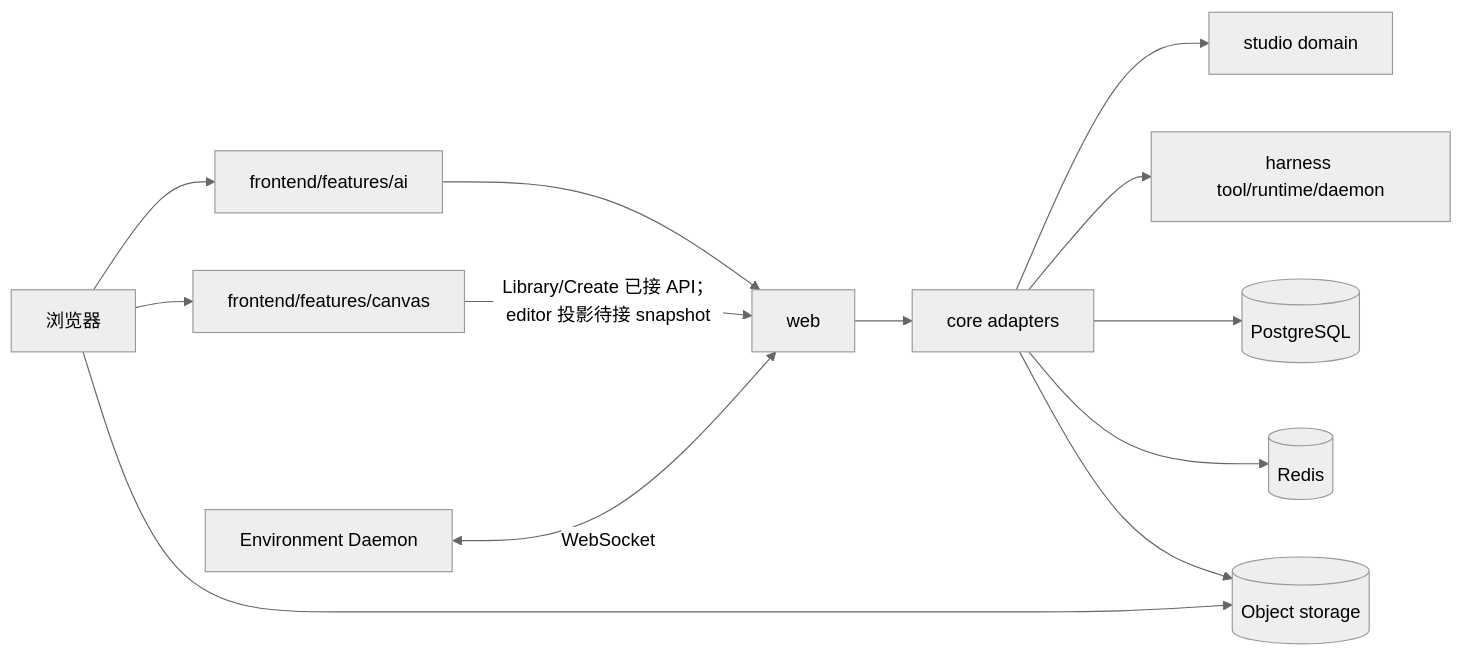
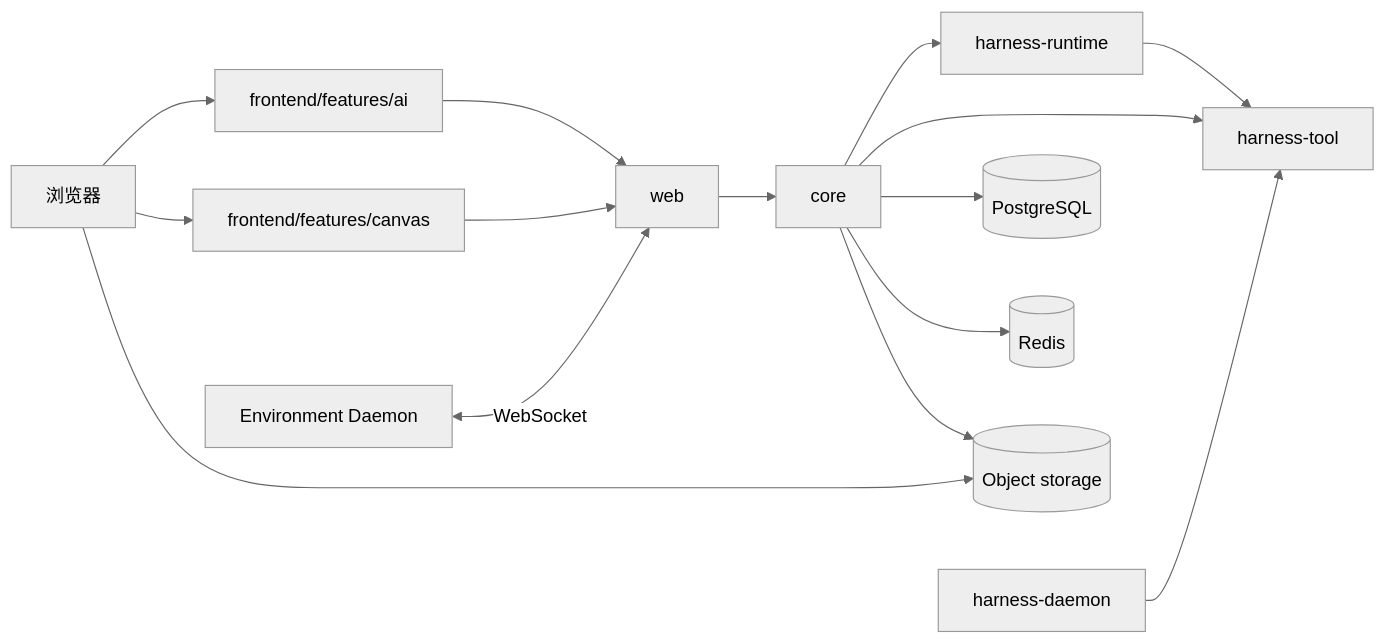
Before and after one commit to fengwk/kk-studio: the diagram in docs/technical-solution/architecture.md, drawn with Mermaid (neutral theme). The commit also changed other lines of this file and 12 other files, not shown here.

````diff
--- a/docs/technical-solution/architecture.md
+++ b/docs/technical-solution/architecture.md
@@ -16,27 +14,30 @@
 ```mermaid
 flowchart LR
     Browser[浏览器]
-    FE_AI[frontend/features/ai]
-    FE_CV[frontend/features/canvas]
+    AI[frontend/features/ai]
+    Canvas[frontend/features/canvas]
     Web[web]
-    Core[core adapters]
-    Studio[studio domain]
-    Harness[harness tool/runtime/daemon]
-    Store[(PostgreSQL)]
+    Core[core]
+    Runtime[harness-runtime]
+    Tool[harness-tool]
+    Daemon[harness-daemon]
+    PG[(PostgreSQL)]
     Redis[(Redis)]
     S3[(Object storage)]
     Env[Environment Daemon]
 
-    Browser --> FE_AI
-    Browser --> FE_CV
-    FE_AI --> Web
-    FE_CV -->|Library/Create 已接 API；editor 投影待接 snapshot| Web
+    Browser --> AI
+    Browser --> Canvas
+    AI --> Web
+    Canvas --> Web
     Web --> Core
-    Core --> Studio
-    Core --> Harness
-    Core --> Store
+    Core --> Runtime
+    Runtime --> Tool
+    Core --> Tool
+    Daemon --> Tool
+    Core --> PG
     Core --> Redis
     Core --> S3
     Browser --> S3
     Env <-->|WebSocket| Web
 ```
````
